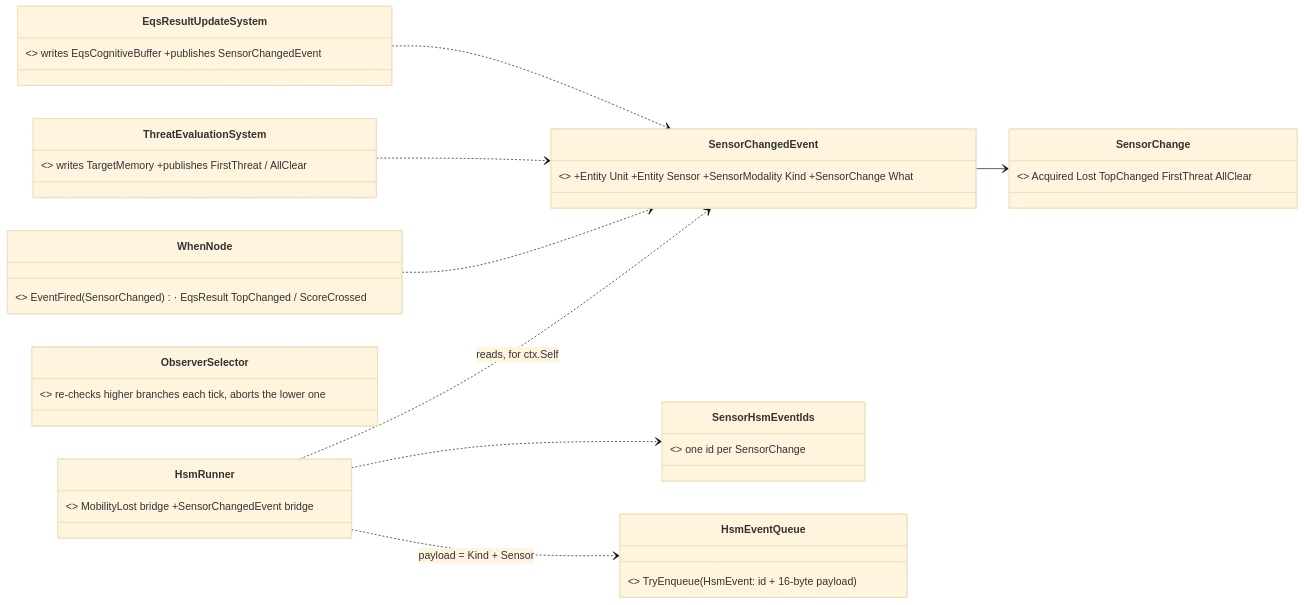
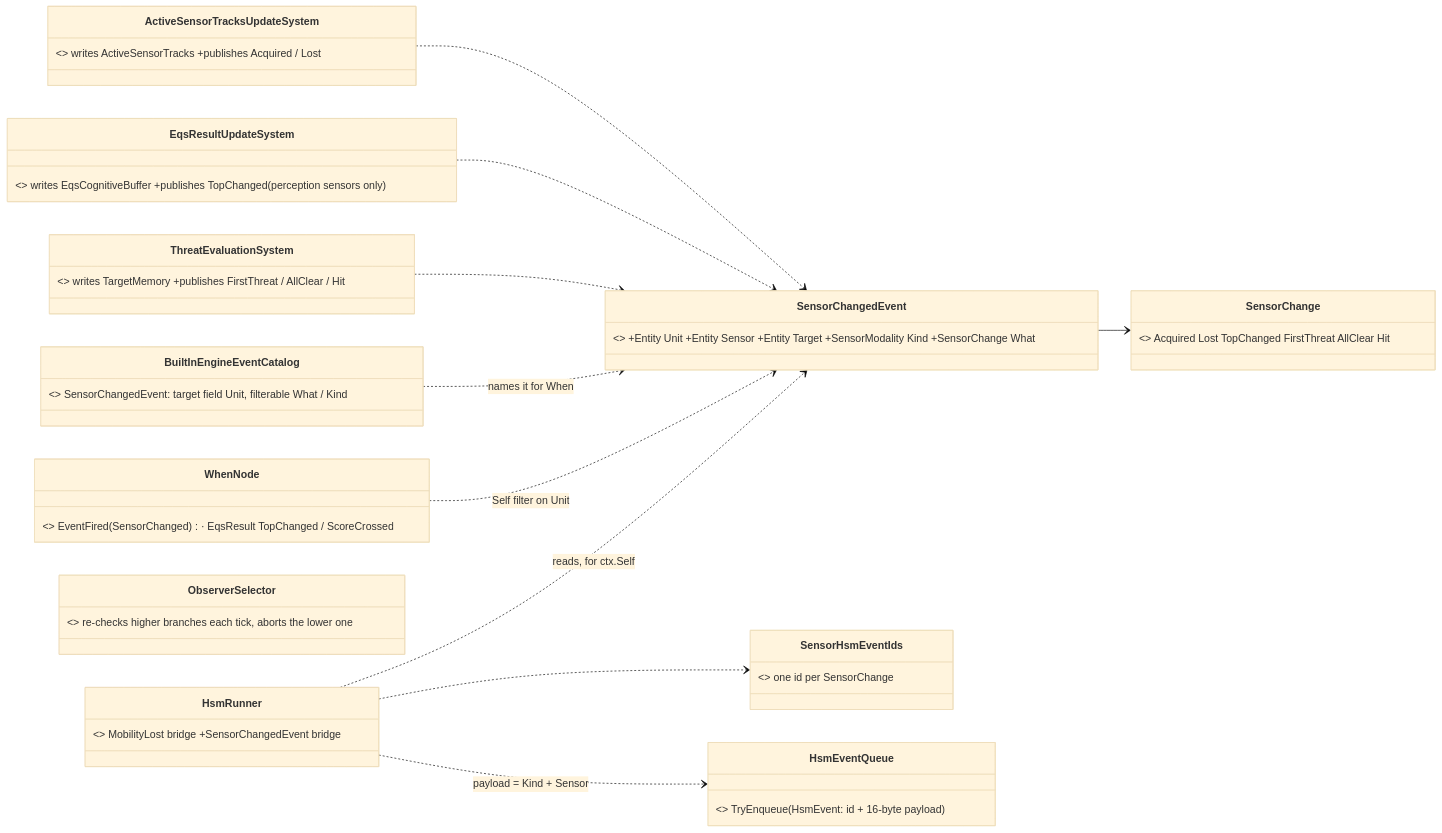
Diagram 11 of 14 in docs/DESIGN_Sensors_And_Doctrine.md (pjanec/HROT), drawn with Mermaid (base theme) before and after one commit. The commit also changed other lines of this file and 13 other files, not shown here.

First line of the commit message:
S6 backend half (CE-3039): SensorChangedEvent and its producers

````diff
--- a/docs/DESIGN_Sensors_And_Doctrine.md
+++ b/docs/DESIGN_Sensors_And_Doctrine.md
@@ -452,20 +452,24 @@
 ```mermaid
 classDiagram
   direction LR
-  class EqsResultUpdateSystem { <<existing Brain, PRODUCER>> writes EqsCognitiveBuffer +publishes SensorChangedEvent }
-  class ThreatEvaluationSystem { <<existing Brain, PRODUCER>> writes TargetMemory +publishes FirstThreat / AllClear }
-  class SensorChangedEvent { <<NEW unmanaged bus event>> +Entity Unit +Entity Sensor +SensorModality Kind +SensorChange What }
-  class SensorChange { <<NEW enum>> Acquired Lost TopChanged FirstThreat AllClear }
+  class ActiveSensorTracksUpdateSystem { <<existing Brain, PRODUCER>> writes ActiveSensorTracks +publishes Acquired / Lost }
+  class EqsResultUpdateSystem { <<existing Brain, PRODUCER>> writes EqsCognitiveBuffer +publishes TopChanged (perception sensors only) }
+  class ThreatEvaluationSystem { <<existing Brain, PRODUCER>> writes TargetMemory +publishes FirstThreat / AllClear / Hit }
+  class SensorChangedEvent { <<BUILT unmanaged bus event, id 4006>> +Entity Unit +Entity Sensor +Entity Target +SensorModality Kind +SensorChange What }
+  class SensorChange { <<BUILT enum>> Acquired Lost TopChanged FirstThreat AllClear Hit }
+  class BuiltInEngineEventCatalog { <<existing, grows>> SensorChangedEvent: target field Unit, filterable What / Kind }
   class SensorHsmEventIds { <<NEW reserved HSM ids, beside MobilityLost>> one id per SensorChange }
   class HsmRunner { <<existing, grows>> MobilityLost bridge +SensorChangedEvent bridge }
   class HsmEventQueue { <<existing>> TryEnqueue(HsmEvent: id + 16-byte payload) }
   class ObserverSelector { <<existing NodeType, interpreter grows>> re-checks higher branches each tick, aborts the lower one }
   class WhenNode { <<existing blueprint>> EventFired(SensorChanged) · EqsResult TopChanged / ScoreCrossed }
+  ActiveSensorTracksUpdateSystem ..> SensorChangedEvent
   EqsResultUpdateSystem ..> SensorChangedEvent
   ThreatEvaluationSystem ..> SensorChangedEvent
   SensorChangedEvent --> SensorChange
+  BuiltInEngineEventCatalog ..> SensorChangedEvent : names it for When
   HsmRunner ..> SensorChangedEvent : reads, for ctx.Self
   HsmRunner ..> SensorHsmEventIds
   HsmRunner ..> HsmEventQueue : payload = Kind + Sensor
-  WhenNode ..> SensorChangedEvent
+  WhenNode ..> SensorChangedEvent : Self filter on Unit
 ```
````
